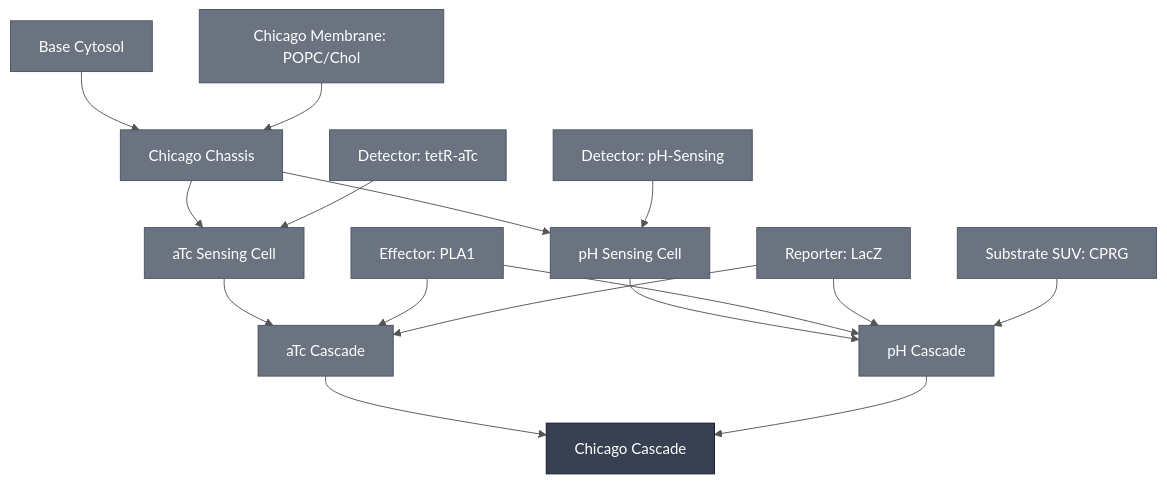
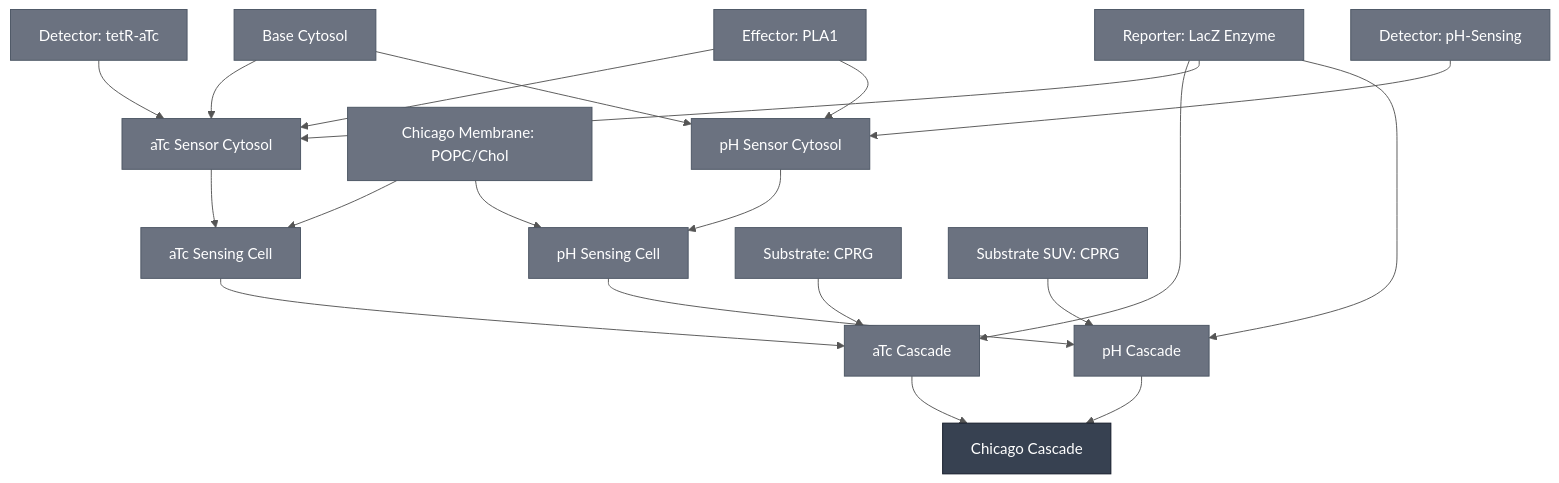
The diagram in docs/modules/chicago-cascade/spec.md (nucleus-eng/nucleus-docs), drawn with Mermaid before and after one commit. The commit also changed other lines of this file and 10 other files, not shown here.

````diff
--- a/docs/modules/chicago-cascade/spec.md
+++ b/docs/modules/chicago-cascade/spec.md
@@ -37,52 +37,60 @@
 ```mermaid
 %%{init: {'theme': 'base', 'themeVariables': {'lineColor': '#555555', 'edgeLabelBackground': '#ffffff'}}}%%
 flowchart TD
     ATC_CASCADE["aTc Cascade"]
     ATC_SENSING_CELL["aTc Sensing Cell"]
+    ATC_SENSOR_CYTOSOL["aTc Sensor Cytosol"]
     BASE_CYTOSOL["Base Cytosol"]
     CHICAGO_CASCADE["Chicago Cascade"]
-    CHICAGO_CHASSIS["Chicago Chassis"]
     DETECTOR_PH["Detector: pH-Sensing"]
     DETECTOR_TETR_ATC["Detector: tetR-aTc"]
     EFFECTOR_PLA1["Effector: PLA1"]
     MEMBRANE_POPC_CHOL_CHICAGO["Chicago Membrane: POPC/Chol"]
     PH_CASCADE["pH Cascade"]
     PH_SENSING_CELL["pH Sensing Cell"]
-    REPORTER_LACZ["Reporter: LacZ"]
+    PH_SENSOR_CYTOSOL["pH Sensor Cytosol"]
+    REPORTER_LACZ_ENZYME["Reporter: LacZ Enzyme"]
+    SUBSTRATE_CPRG["Substrate: CPRG"]
     SUBSTRATE_CPRG_SUV["Substrate SUV: CPRG"]
 
     ATC_SENSING_CELL --> ATC_CASCADE
-    EFFECTOR_PLA1 --> ATC_CASCADE
-    REPORTER_LACZ --> ATC_CASCADE
-    CHICAGO_CHASSIS --> ATC_SENSING_CELL
-    DETECTOR_TETR_ATC --> ATC_SENSING_CELL
+    REPORTER_LACZ_ENZYME --> ATC_CASCADE
+    SUBSTRATE_CPRG --> ATC_CASCADE
+    ATC_SENSOR_CYTOSOL --> ATC_SENSING_CELL
+    MEMBRANE_POPC_CHOL_CHICAGO --> ATC_SENSING_CELL
+    BASE_CYTOSOL --> ATC_SENSOR_CYTOSOL
+    DETECTOR_TETR_ATC --> ATC_SENSOR_CYTOSOL
+    EFFECTOR_PLA1 --> ATC_SENSOR_CYTOSOL
+    REPORTER_LACZ_ENZYME --> ATC_SENSOR_CYTOSOL
     ATC_CASCADE --> CHICAGO_CASCADE
     PH_CASCADE --> CHICAGO_CASCADE
-    BASE_CYTOSOL --> CHICAGO_CHASSIS
-    MEMBRANE_POPC_CHOL_CHICAGO --> CHICAGO_CHASSIS
     PH_SENSING_CELL --> PH_CASCADE
-    EFFECTOR_PLA1 --> PH_CASCADE
-    REPORTER_LACZ --> PH_CASCADE
+    REPORTER_LACZ_ENZYME --> PH_CASCADE
     SUBSTRATE_CPRG_SUV --> PH_CASCADE
-    CHICAGO_CHASSIS --> PH_SENSING_CELL
-    DETECTOR_PH --> PH_SENSING_CELL
+    PH_SENSOR_CYTOSOL --> PH_SENSING_CELL
+    MEMBRANE_POPC_CHOL_CHICAGO --> PH_SENSING_CELL
+    BASE_CYTOSOL --> PH_SENSOR_CYTOSOL
+    DETECTOR_PH --> PH_SENSOR_CYTOSOL
+    EFFECTOR_PLA1 --> PH_SENSOR_CYTOSOL
 
     classDef constituent fill:#6B7280,color:#ffffff,stroke:#4B5563;
     classDef this fill:#374151,color:#ffffff,stroke:#111827;
-    class ATC_CASCADE,ATC_SENSING_CELL,BASE_CYTOSOL,CHICAGO_CHASSIS,DETECTOR_PH,DETECTOR_TETR_ATC,EFFECTOR_PLA1,MEMBRANE_POPC_CHOL_CHICAGO,PH_CASCADE,PH_SENSING_CELL,REPORTER_LACZ,SUBSTRATE_CPRG_SUV constituent;
+    class ATC_CASCADE,ATC_SENSING_CELL,ATC_SENSOR_CYTOSOL,BASE_CYTOSOL,DETECTOR_PH,DETECTOR_TETR_ATC,EFFECTOR_PLA1,MEMBRANE_POPC_CHOL_CHICAGO,PH_CASCADE,PH_SENSING_CELL,PH_SENSOR_CYTOSOL,REPORTER_LACZ_ENZYME,SUBSTRATE_CPRG,SUBSTRATE_CPRG_SUV constituent;
     class CHICAGO_CASCADE this;
 
     click ATC_CASCADE "/docs/modules/atc-cascade/spec"
     click ATC_SENSING_CELL "/docs/modules/atc-sensing-cell/spec"
+    click ATC_SENSOR_CYTOSOL "/docs/modules/atc-sensor-cytosol/spec"
     click BASE_CYTOSOL "/docs/modules/base-cytosol/spec"
     click CHICAGO_CASCADE "/docs/modules/chicago-cascade/spec"
-    click CHICAGO_CHASSIS "/docs/modules/chicago-chassis/spec"
     click DETECTOR_PH "/docs/modules/detector-ph/spec"
     click DETECTOR_TETR_ATC "/docs/modules/detector-tetr-atc/spec"
     click EFFECTOR_PLA1 "/docs/modules/effector-pla1/spec"
     click MEMBRANE_POPC_CHOL_CHICAGO "/docs/modules/membrane-popc-chol-chicago/spec"
     click PH_CASCADE "/docs/modules/ph-cascade/spec"
     click PH_SENSING_CELL "/docs/modules/ph-sensing-cell/spec"
-    click REPORTER_LACZ "/docs/modules/reporter-lacz/spec"
+    click PH_SENSOR_CYTOSOL "/docs/modules/ph-sensor-cytosol/spec"
+    click REPORTER_LACZ_ENZYME "/docs/modules/reporter-lacz-enzyme/spec"
+    click SUBSTRATE_CPRG "/docs/modules/substrate-cprg/spec"
     click SUBSTRATE_CPRG_SUV "/docs/modules/substrate-cprg-suv/spec"
 ```
````
